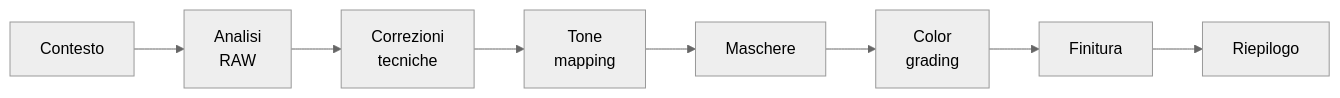
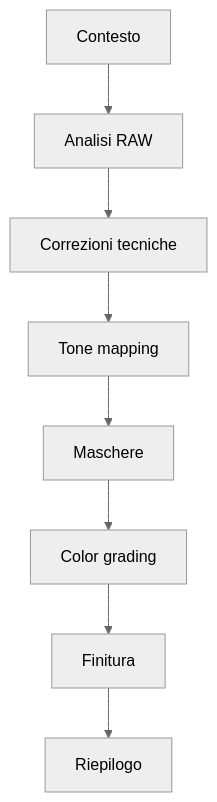
The diagram in docs/workshop/index.md (lorenzoperone/darktable-docs), drawn with Mermaid (neutral theme) before and after one commit. The commit also changed 11 other files, not shown here.

First line of the commit message:
fix: diagrammi Mermaid leggibili, pulsante Segnala dinamico, date contenuto

````diff
--- a/docs/workshop/index.md
+++ b/docs/workshop/index.md
@@ -45,6 +45,10 @@
 ```mermaid
-flowchart LR
-    A["Contesto"] --> B["Analisi<br/>RAW"] --> C["Correzioni<br/>tecniche"]
-    --> D["Tone<br/>mapping"] --> E["Maschere"] --> F["Color<br/>grading"]
-    --> G["Finitura"] --> H["Riepilogo"]
+flowchart TD
+    A["Contesto"] --> B["Analisi RAW"]
+    B --> C["Correzioni tecniche"]
+    C --> D["Tone mapping"]
+    D --> E["Maschere"]
+    E --> F["Color grading"]
+    F --> G["Finitura"]
+    G --> H["Riepilogo"]
 ```
````
